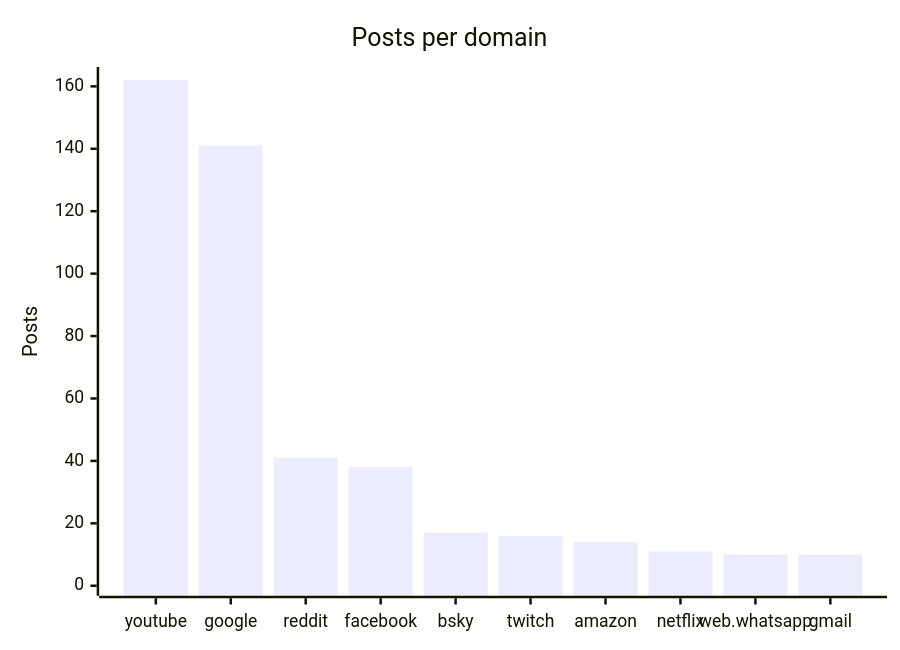
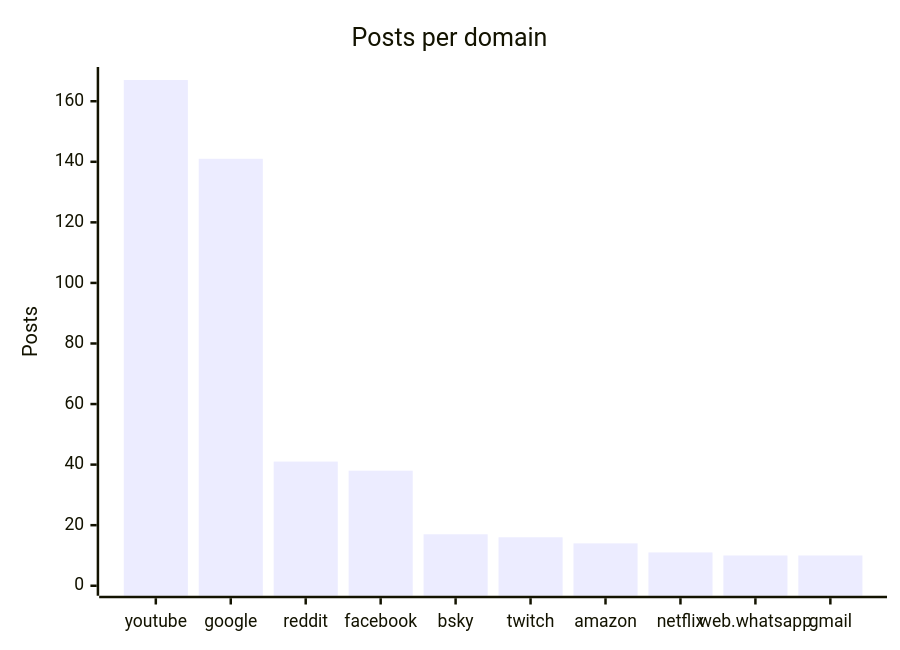
Before and after one commit to martinbalfanz/social-scanner-reports: the fourth of 4 diagrams in README.md, drawn with Mermaid. The commit also changed other lines of this file and 4 other files, not shown here.

````diff
--- a/README.md
+++ b/README.md
@@ -58,7 +58,7 @@
 ```mermaid
 xychart-beta
     title "Posts per domain"
     x-axis ["youtube", "google", "reddit", "facebook", "bsky", "twitch", "amazon", "netflix", "web.whatsapp", "gmail"]
-    y-axis "Posts" 0 --> 163
-    bar [162, 141, 41, 38, 17, 16, 14, 11, 10, 10]
+    y-axis "Posts" 0 --> 168
+    bar [167, 141, 41, 38, 17, 16, 14, 11, 10, 10]
 ```
````
